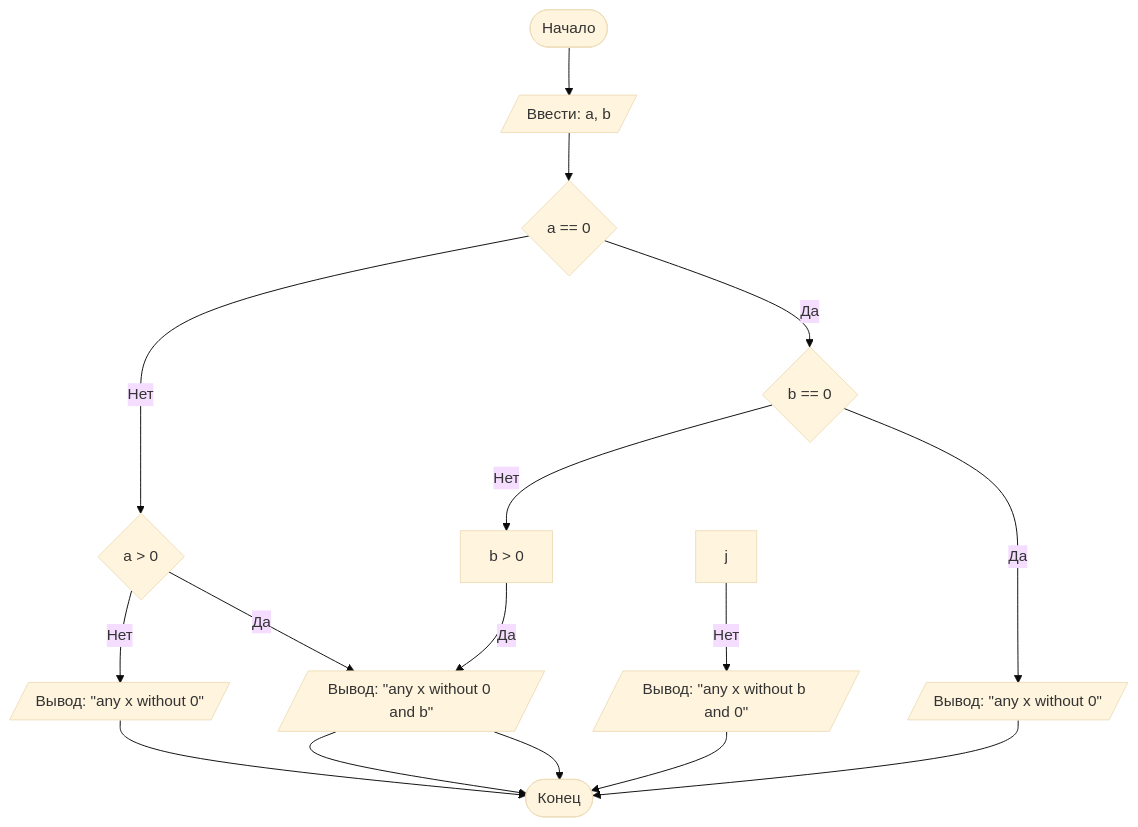
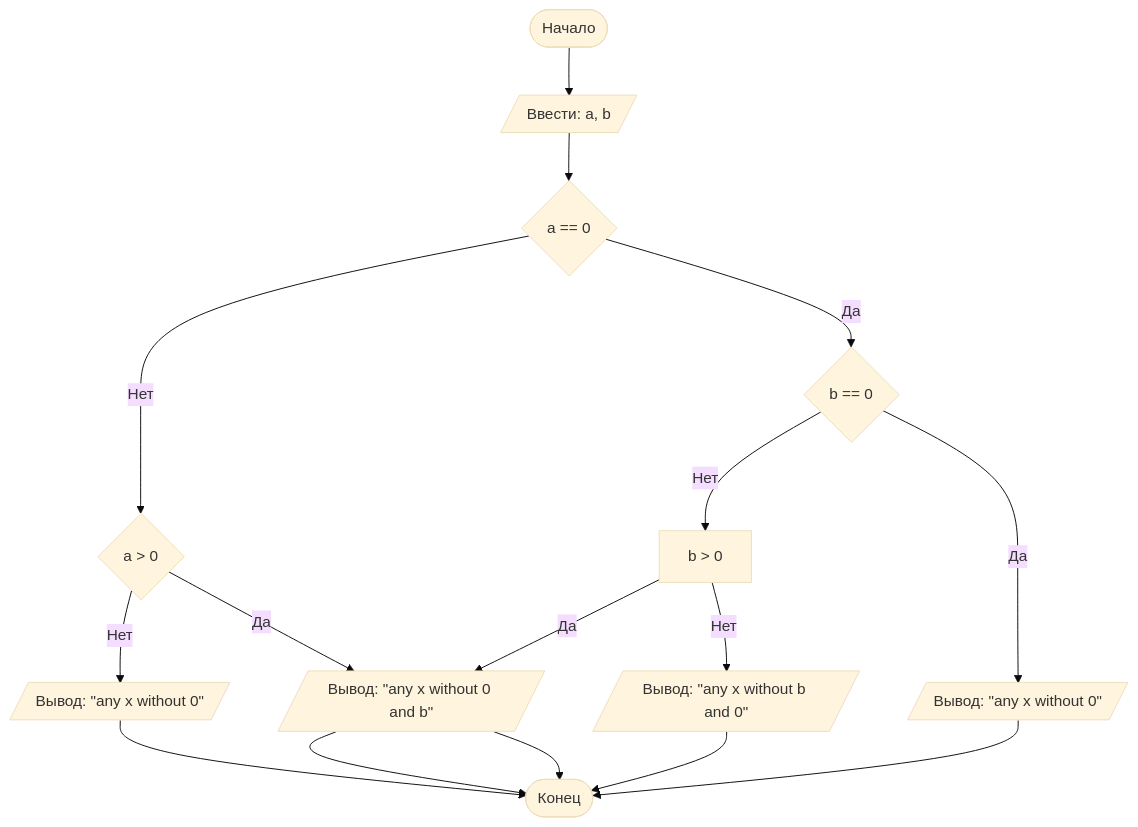
One commit to Egormodanov/1labwork- changed the diagram in README.md. Above: the diagram before and after it, drawn with Mermaid (base theme).

````diff
--- a/README.md
+++ b/README.md
@@ -2,19 +2,19 @@
 ```mermaid
 graph TD
     A([Начало]) --> B[/Ввести: a, b/]
     B --> C{a == 0}
     C -- Нет --> D{a > 0}
     D -- Нет --> E[/Вывод: "any x without 0"/]
     D -- Да --> H[/Вывод: y/]
     C -- Да --> I{b == 0}
     I -- Нет --> J[b > 0]
     I -- Да --> K[/Вывод: "any x without 0"/]
     J -- Да --> H[/Вывод: "any x without 0 and b"/]
-    j -- Нет --> V[/Вывод: "any x without b and 0"/]
+    J -- Нет --> V[/Вывод: "any x without b and 0"/]
     V --> Z
     H --> Z
     K --> Z
     H --> Z
     E --> Z([Конец])
 
 ```
````
